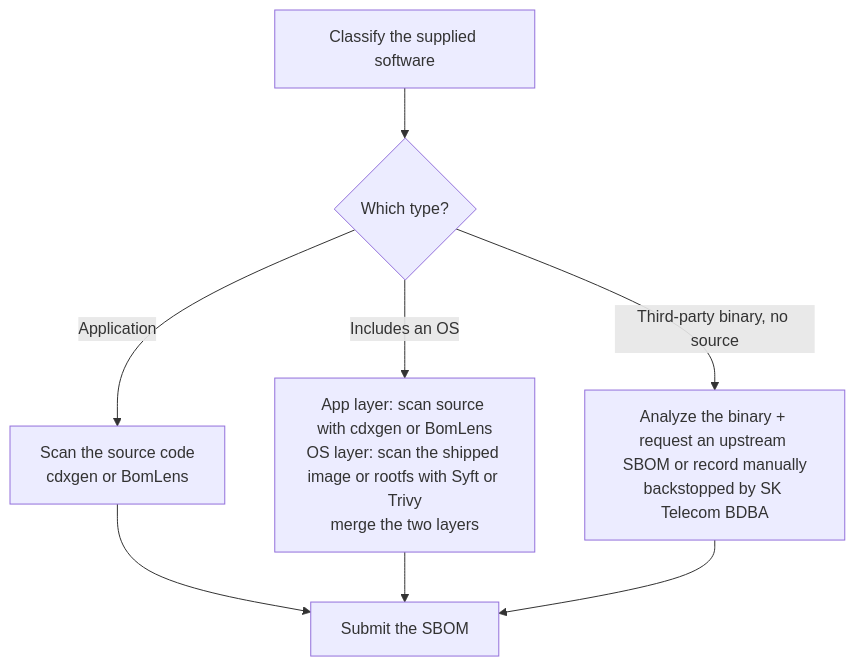
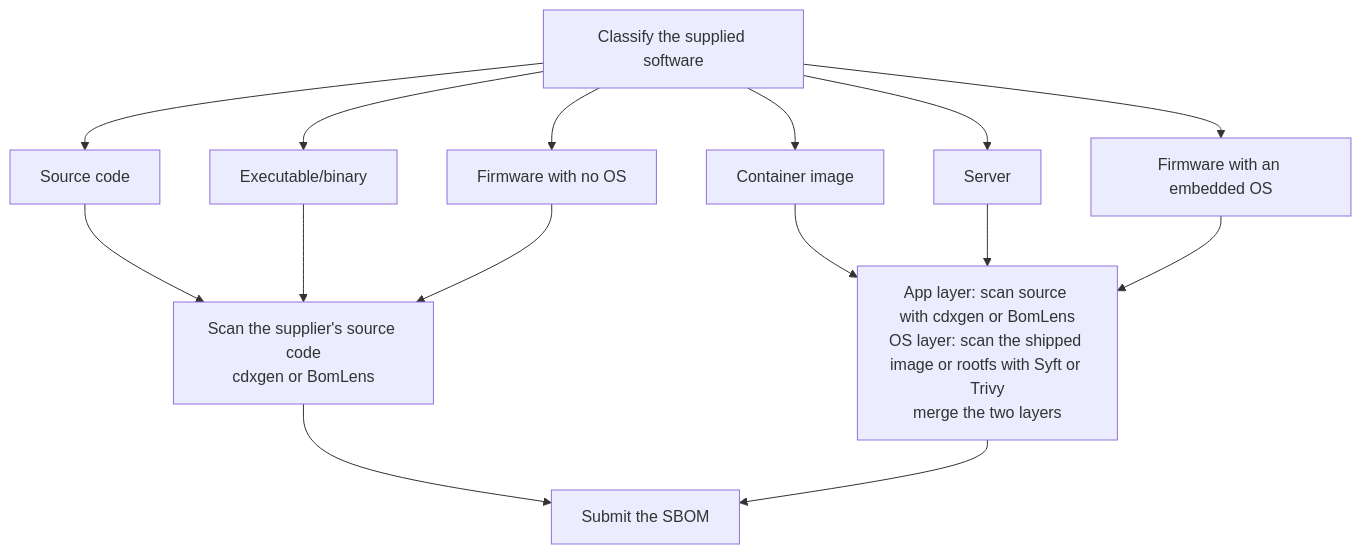
Before and after one commit to sktelecom/sktelecom.github.io: the diagram in content/en/guide/supply-chain/for-suppliers/creation-guide/_index.md, drawn with Mermaid. The commit also changed other lines of this file and 1 other file, not shown here.

Commit message:
docs(supply-chain): scan source for every delivery form, merge types by scan method

````diff
--- a/content/en/guide/supply-chain/for-suppliers/creation-guide/_index.md
+++ b/content/en/guide/supply-chain/for-suppliers/creation-guide/_index.md
@@ -14,10 +14,17 @@
 ```mermaid
 graph TD
-    A[Classify the supplied software] --> Q{Which type?}
-    Q -->|Application| S1[Scan the source code<br>cdxgen or BomLens]
-    Q -->|Includes an OS| S2[App layer: scan source with cdxgen or BomLens<br>OS layer: scan the shipped image or rootfs with Syft or Trivy<br>merge the two layers]
-    Q -->|Third-party binary, no source| S3[Analyze the binary + request an upstream SBOM or record manually<br>backstopped by SK Telecom BDBA]
-    S1 --> P[Submit the SBOM]
-    S2 --> P
-    S3 --> P
+    A[Classify the supplied software] --> T1[Source code]
+    A --> T2[Executable/binary]
+    A --> T3[Firmware with no OS]
+    A --> T4[Container image]
+    A --> T5[Server]
+    A --> T6[Firmware with an embedded OS]
+    T1 --> M1[Scan the supplier's source code<br>cdxgen or BomLens]
+    T2 --> M1
+    T3 --> M1
+    T4 --> M2[App layer: scan source with cdxgen or BomLens<br>OS layer: scan the shipped image or rootfs with Syft or Trivy<br>merge the two layers]
+    T5 --> M2
+    T6 --> M2
+    M1 --> P[Submit the SBOM]
+    M2 --> P
 ```
````
